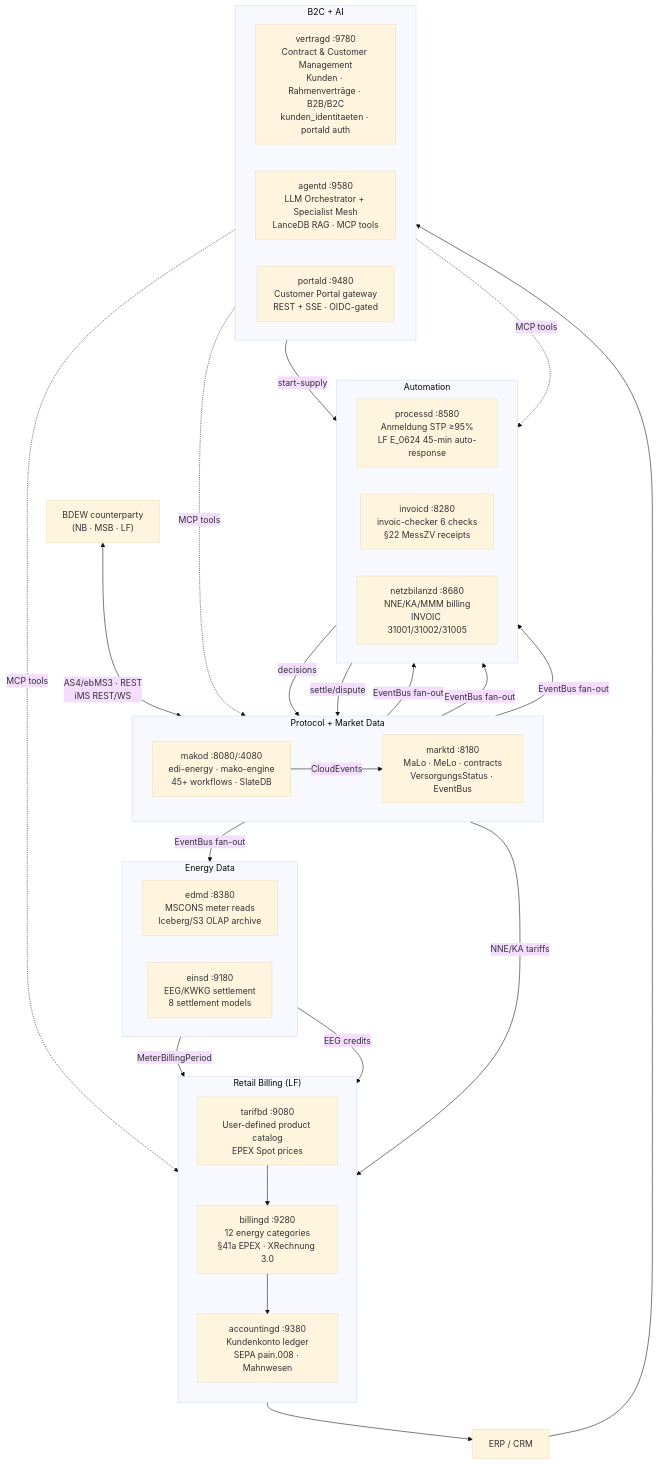
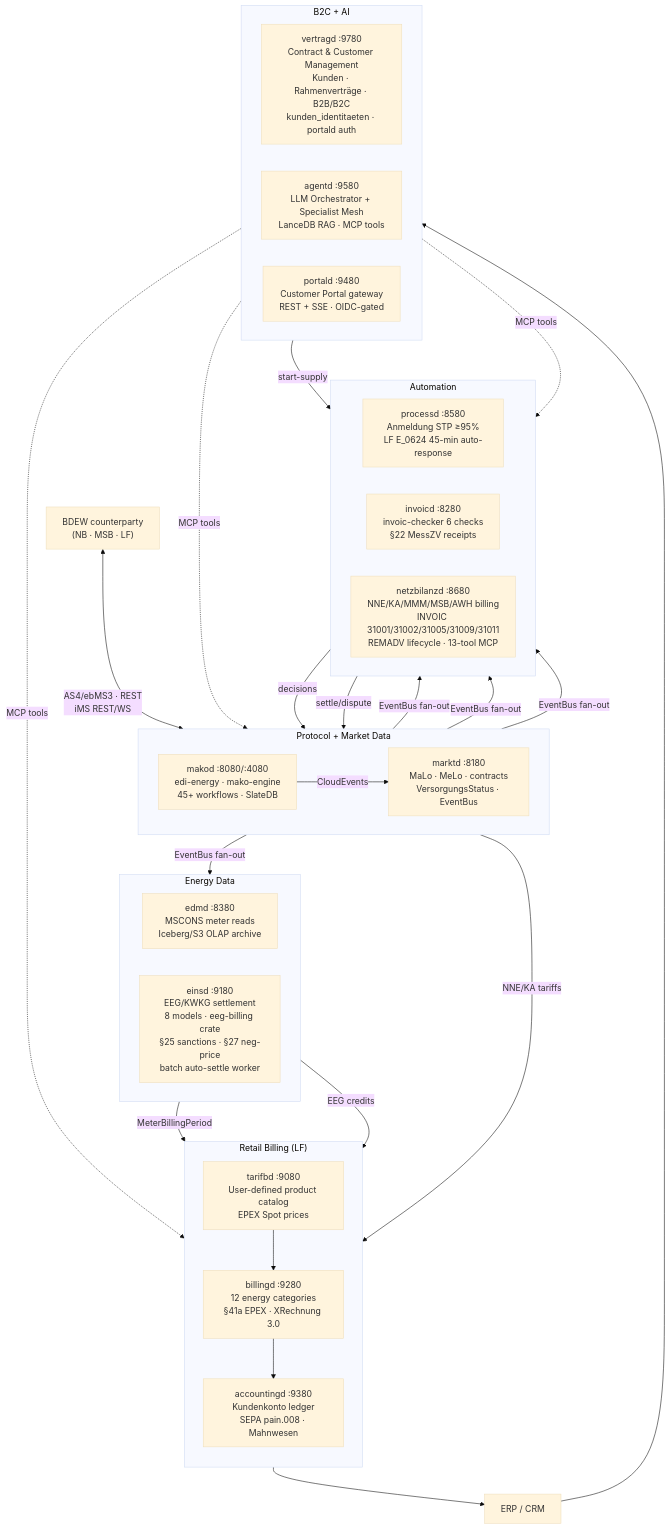
The diagram in docs/index.md (hupe1980/mako), drawn with Mermaid (base theme) before and after one commit. The commit also changed other lines of this file and 126 other files, not shown here.

````diff
--- a/docs/index.md
+++ b/docs/index.md
@@ -212,51 +234,51 @@
 ```mermaid
 graph TB
     BDEW["BDEW counterparty\n(NB · MSB · LF)"]
 
     subgraph core ["Protocol + Market Data"]
         direction LR
         makod["makod :8080/:4080\nedi-energy · mako-engine\n45+ workflows · SlateDB"]
         marktd["marktd :8180\nMaLo · MeLo · contracts\nVersorgungsStatus · EventBus"]
         makod -->|"CloudEvents"| marktd
     end
 
     subgraph auto ["Automation"]
         direction LR
         processd["processd :8580\nAnmeldung STP ≥95%\nLF E_0624 45-min auto-response"]
         invoicd["invoicd :8280\ninvoic-checker 6 checks\n§22 MessZV receipts"]
-        netzbilanzd["netzbilanzd :8680\nNNE/KA/MMM billing\nINVOIC 31001/31002/31005"]
+        netzbilanzd["netzbilanzd :8680\nNNE/KA/MMM/MSB/AWH billing\nINVOIC 31001/31002/31005/31009/31011\nREMADV lifecycle · 13-tool MCP"]
     end
 
     subgraph energy ["Energy Data"]
         direction LR
         edmd["edmd :8380\nMSCONS meter reads\nIceberg/S3 OLAP archive"]
-        einsd["einsd :9180\nEEG/KWKG settlement\n8 settlement models"]
+        einsd["einsd :9180\nEEG/KWKG settlement\n8 models · eeg-billing crate\n§25 sanctions · §27 neg-price\nbatch auto-settle worker"]
     end
 
     subgraph retail ["Retail Billing (LF)"]
         direction TB
         tarifbd["tarifbd :9080\nUser-defined product catalog\nEPEX Spot prices"]
         billingd["billingd :9280\n12 energy categories\n§41a EPEX · XRechnung 3.0"]
         accountingd["accountingd :9380\nKundenkonto ledger\nSEPA pain.008 · Mahnwesen"]
         tarifbd --> billingd --> accountingd
     end
 
     subgraph b2c ["B2C + AI"]
         direction LR
         vertragd["vertragd :9780\nContract & Customer Management\nKunden · Rahmenverträge · B2B/B2C\nkunden_identitaeten · portald auth"]
         agentd["agentd :9580\nLLM Orchestrator + Specialist Mesh\nLanceDB RAG · MCP tools"]
         portald["portald :9480\nCustomer Portal gateway\nREST + SSE · OIDC-gated"]
     end
 
     BDEW <-->|"AS4/ebMS3 · REST\niMS REST/WS"| makod
     marktd -->|"EventBus fan-out"| processd & invoicd & edmd & auto
     processd -->|"decisions"| makod
     invoicd -->|"settle/dispute"| makod
     edmd -->|"MeterBillingPeriod"| billingd
     marktd -->|"NNE/KA tariffs"| billingd
     einsd -->|"EEG credits"| accountingd
     vertragd -->|"start-supply"| processd
     agentd -.->|"MCP tools"| core & retail & auto
     ERP["ERP / CRM"] --> vertragd
     accountingd --> ERP
 ```
````
